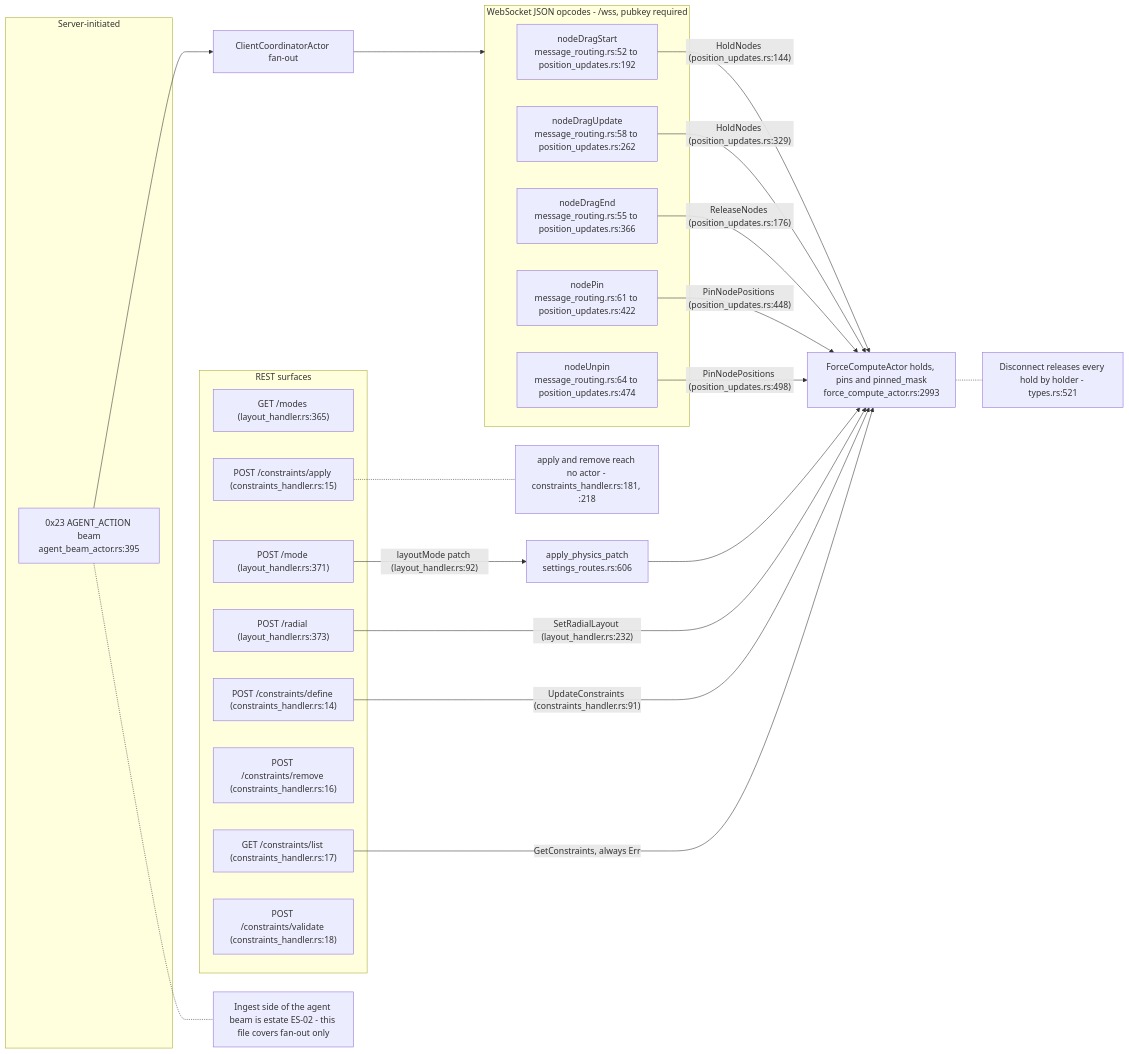
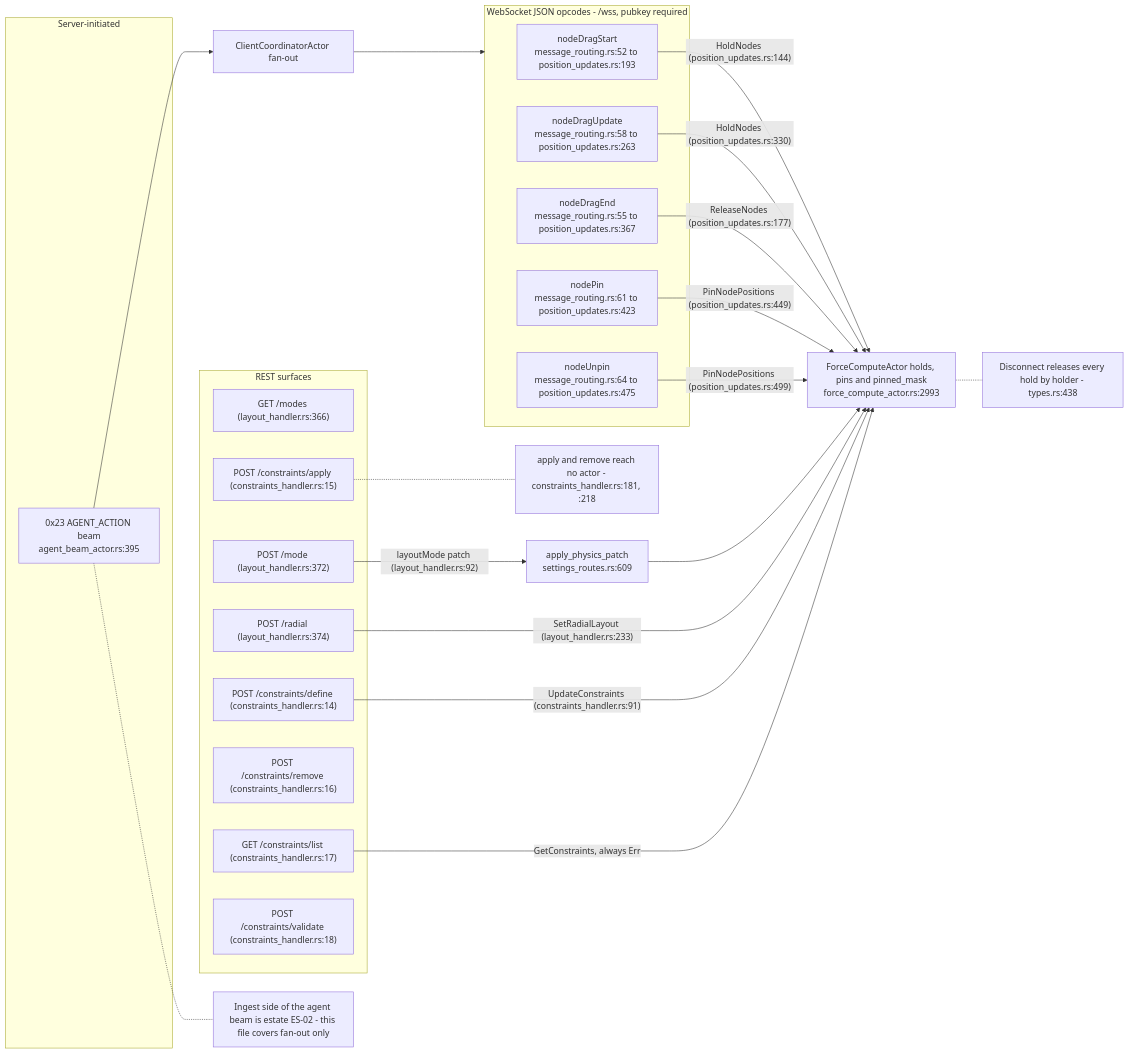
One commit to DreamLab-AI/VisionFlow changed the seventh of 8 diagrams in docs/diagrams/visionclaw/16-interaction-drag-pin-layout.md. Above: the diagram before and after it, drawn with Mermaid. The commit also changed other lines of this file and 56 other files, not shown here.

First line of the commit message:
docs(diagrams): re-verify VisionClaw topics at ec785afa9, add VC-19/56/57 and the VisionClaw register

````diff
--- a/docs/diagrams/visionclaw/16-interaction-drag-pin-layout.md
+++ b/docs/diagrams/visionclaw/16-interaction-drag-pin-layout.md
@@ -251,46 +257,46 @@
 ```mermaid
 flowchart LR
     subgraph WSOPS["WebSocket JSON opcodes - /wss, pubkey required"]
-        D1["nodeDragStart<br/>message_routing.rs:52 to position_updates.rs:192"]
-        D2["nodeDragEnd<br/>message_routing.rs:55 to position_updates.rs:366"]
-        D3["nodeDragUpdate<br/>message_routing.rs:58 to position_updates.rs:262"]
-        D5["nodePin<br/>message_routing.rs:61 to position_updates.rs:422"]
-        D4["nodeUnpin<br/>message_routing.rs:64 to position_updates.rs:474"]
+        D1["nodeDragStart<br/>message_routing.rs:52 to position_updates.rs:193"]
+        D2["nodeDragEnd<br/>message_routing.rs:55 to position_updates.rs:367"]
+        D3["nodeDragUpdate<br/>message_routing.rs:58 to position_updates.rs:263"]
+        D5["nodePin<br/>message_routing.rs:61 to position_updates.rs:423"]
+        D4["nodeUnpin<br/>message_routing.rs:64 to position_updates.rs:475"]
     end
     subgraph REST["REST surfaces"]
-        L1["GET /modes (layout_handler.rs:365)"]
-        L2["POST /mode (layout_handler.rs:371)"]
-        L3["POST /radial (layout_handler.rs:373)"]
+        L1["GET /modes (layout_handler.rs:366)"]
+        L2["POST /mode (layout_handler.rs:372)"]
+        L3["POST /radial (layout_handler.rs:374)"]
         K1["POST /constraints/define (constraints_handler.rs:14)"]
         K2["POST /constraints/apply (constraints_handler.rs:15)"]
         K3["POST /constraints/remove (constraints_handler.rs:16)"]
         K4["GET /constraints/list (constraints_handler.rs:17)"]
         K5["POST /constraints/validate (constraints_handler.rs:18)"]
     end
     subgraph SRVPUSH["Server-initiated"]
         B1["0x23 AGENT_ACTION beam<br/>agent_beam_actor.rs:395"]
     end
     GPU["ForceComputeActor holds, pins and pinned_mask<br/>force_compute_actor.rs:2993"]
-    STORE["apply_physics_patch<br/>settings_routes.rs:606"]
+    STORE["apply_physics_patch<br/>settings_routes.rs:609"]
     CC["ClientCoordinatorActor fan-out"]
 
     D1 -->|"HoldNodes (position_updates.rs:144)"| GPU
-    D3 -->|"HoldNodes (position_updates.rs:329)"| GPU
-    D2 -->|"ReleaseNodes (position_updates.rs:176)"| GPU
-    D5 -->|"PinNodePositions (position_updates.rs:448)"| GPU
-    D4 -->|"PinNodePositions (position_updates.rs:498)"| GPU
+    D3 -->|"HoldNodes (position_updates.rs:330)"| GPU
+    D2 -->|"ReleaseNodes (position_updates.rs:177)"| GPU
+    D5 -->|"PinNodePositions (position_updates.rs:449)"| GPU
+    D4 -->|"PinNodePositions (position_updates.rs:499)"| GPU
     L2 -->|"layoutMode patch (layout_handler.rs:92)"| STORE
     STORE --> GPU
-    L3 -->|"SetRadialLayout (layout_handler.rs:232)"| GPU
+    L3 -->|"SetRadialLayout (layout_handler.rs:233)"| GPU
     K1 -->|"UpdateConstraints (constraints_handler.rs:91)"| GPU
     K4 -->|"GetConstraints, always Err"| GPU
     B1 --> CC
     CC --> WSOPS
 
-    N1["Disconnect releases every hold by holder - types.rs:521"]
+    N1["Disconnect releases every hold by holder - types.rs:438"]
     N2["apply and remove reach no actor - constraints_handler.rs:181, :218"]
     N3["Ingest side of the agent beam is estate ES-02 - this file covers fan-out only"]
     GPU -.- N1
     K2 -.- N2
     B1 -.- N3
 ```
````
